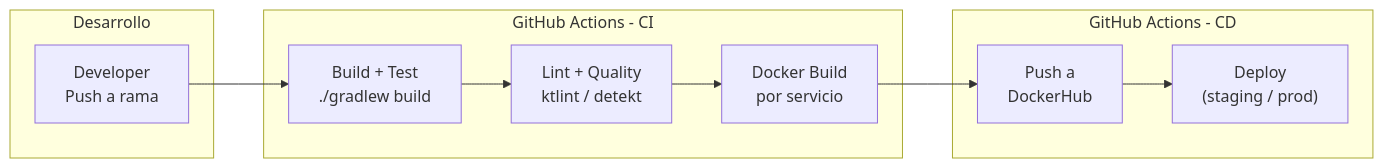
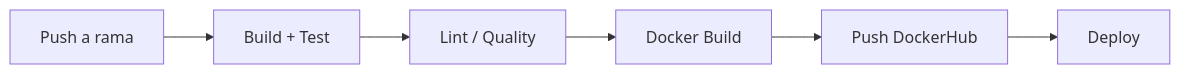
The eighth of 9 diagrams in openspec/changes/migracion-microservicios/architecture-diagrams.md (HecAguilaV/SIGA), drawn with Mermaid before and after one commit. The commit also changed other lines of this file, not shown here.

Commit message:
docs: rediseñar diagramas con layouts limpios y líneas rectas

````diff
--- a/openspec/changes/migracion-microservicios/architecture-diagrams.md
+++ b/openspec/changes/migracion-microservicios/architecture-diagrams.md
@@ -251,23 +237,8 @@
 ```mermaid
 graph LR
-    subgraph Desarrollo["Desarrollo"]
-        DEV["Developer<br/>Push a rama"]
-    end
-
-    subgraph CI["GitHub Actions - CI"]
-        BU["Build + Test<br/>./gradlew build"]
-        LI["Lint + Quality<br/>ktlint / detekt"]
-        DO["Docker Build<br/>por servicio"]
-    end
-
-    subgraph CD["GitHub Actions - CD"]
-        DH["Push a<br/>DockerHub"]
-        DP["Deploy<br/>(staging / prod)"]
-    end
-
-    DEV --> BU
-    BU --> LI
-    LI --> DO
-    DO --> DH
-    DH --> DP
+    A["Push a rama"] --> B["Build + Test"]
+    B --> C["Lint / Quality"]
+    C --> D["Docker Build"]
+    D --> E["Push DockerHub"]
+    E --> F["Deploy"]
 ```
````
